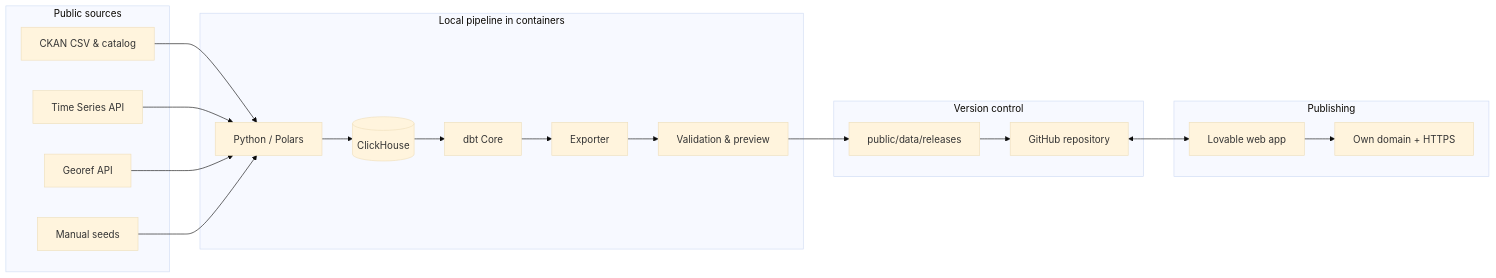
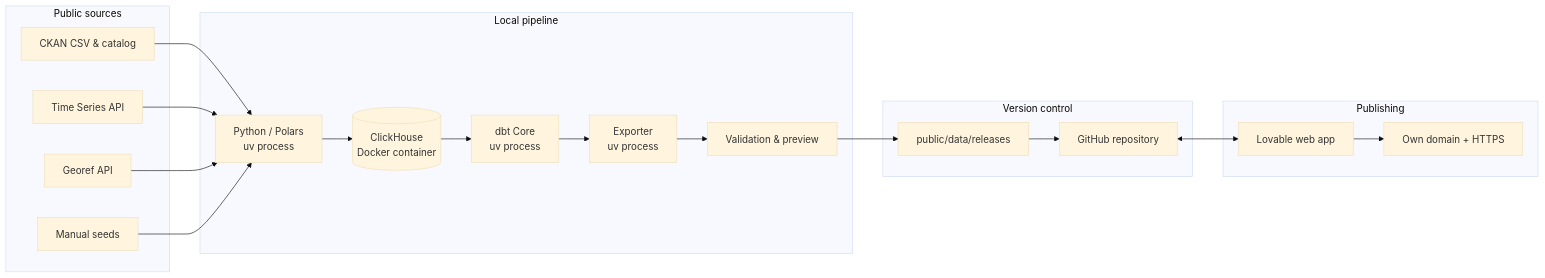
Before and after one commit to darioabadie/petro-vision-showcase: the diagram in docs/architecture.en.md, drawn with Mermaid (base theme). The commit also changed other lines of this file and 17 other files, not shown here.

Commit message:
docs: align portfolio with ClickHouse pipeline

````diff
--- a/docs/architecture.en.md
+++ b/docs/architecture.en.md
@@ -27,40 +27,40 @@
 ```mermaid
 flowchart LR
     subgraph Sources[Public sources]
         CKAN[CKAN CSV & catalog]
         SERIES[Time Series API]
         GEO[Georef API]
         MANUAL[Manual seeds]
     end
 
-    subgraph Local[Local pipeline in containers]
-        INGEST[Python / Polars]
-        CH[(ClickHouse)]
-        DBT[dbt Core]
-        EXPORT[Exporter]
+    subgraph Local[Local pipeline]
+        INGEST[Python / Polars<br/>uv process]
+        CH[(ClickHouse<br/>Docker container)]
+        DBT[dbt Core<br/>uv process]
+        EXPORT[Exporter<br/>uv process]
         QA[Validation & preview]
     end
 
     subgraph Git[Version control]
         REPO[GitHub repository]
         RELEASES[public/data/releases]
     end
 
     subgraph Public[Publishing]
         LOVE[Lovable web app]
         DOMAIN[Own domain + HTTPS]
     end
 
     CKAN --> INGEST
     SERIES --> INGEST
     GEO --> INGEST
     MANUAL --> INGEST
     INGEST --> CH
     CH --> DBT
     DBT --> EXPORT
     EXPORT --> QA
     QA --> RELEASES
     RELEASES --> REPO
     REPO <--> LOVE
     LOVE --> DOMAIN
 ```
````
